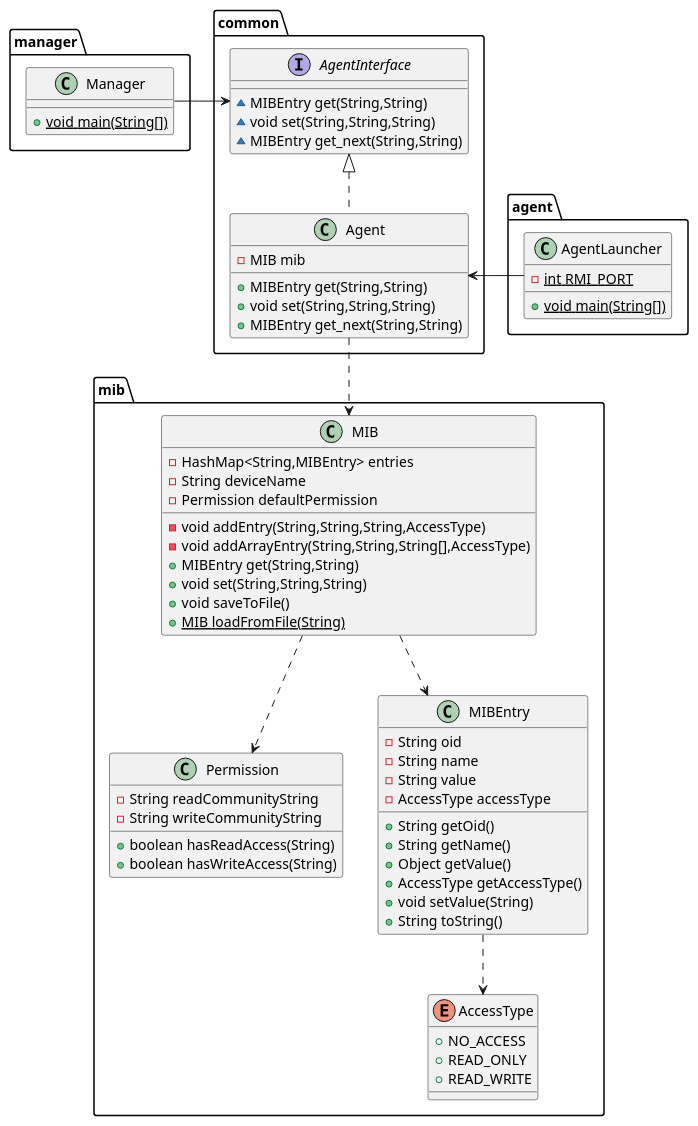
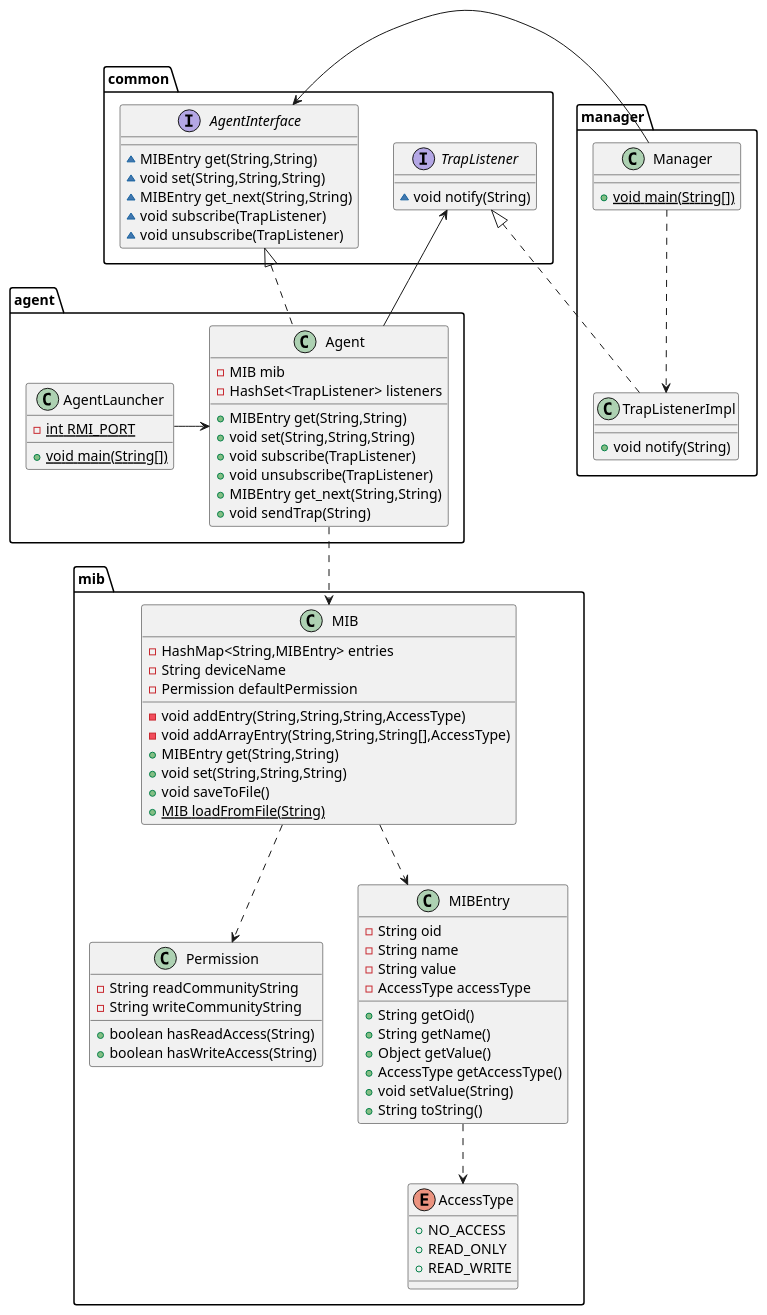
The diagram in UML.puml (louga31/SNMP), drawn with PlantUML before and after one commit. The commit also changed 1 other file, not shown here.

```diff
--- a/UML.puml
+++ b/UML.puml
@@ -1,64 +1,77 @@
 @startuml
 class manager.Manager {
 + {static} void main(String[])
 }
 class mib.Permission {
 - String readCommunityString
 - String writeCommunityString
 + boolean hasReadAccess(String)
 + boolean hasWriteAccess(String)
 }
 enum mib.AccessType {
 +  NO_ACCESS
 +  READ_ONLY
 +  READ_WRITE
 }
 interface common.AgentInterface {
 ~ MIBEntry get(String,String)
 ~ void set(String,String,String)
 ~ MIBEntry get_next(String,String)
+~ void subscribe(TrapListener)
+~ void unsubscribe(TrapListener)
 }
 class mib.MIBEntry {
 - String oid
 - String name
 - String value
 - AccessType accessType
 + String getOid()
 + String getName()
 + Object getValue()
 + AccessType getAccessType()
 + void setValue(String)
 + String toString()
 }
-class common.Agent {
+class agent.Agent {
 - MIB mib
+- HashSet<TrapListener> listeners
 + MIBEntry get(String,String)
 + void set(String,String,String)
++ void subscribe(TrapListener)
++ void unsubscribe(TrapListener)
 + MIBEntry get_next(String,String)
++ void sendTrap(String)
 }
 class mib.MIB {
 - HashMap<String,MIBEntry> entries
 - String deviceName
 - Permission defaultPermission
 - void addEntry(String,String,String,AccessType)
 - void addArrayEntry(String,String,String[],AccessType)
 + MIBEntry get(String,String)
 + void set(String,String,String)
 + void saveToFile()
 + {static} MIB loadFromFile(String)
 }
+interface common.TrapListener {
+~ void notify(String)
+}
 class agent.AgentLauncher {
 - {static} int RMI_PORT
 + {static} void main(String[])
 }
+class manager.TrapListenerImpl {
++ void notify(String)
+}
 
-
+agent.Agent -> common.TrapListener
 manager.Manager -> common.AgentInterface
-agent.AgentLauncher -> common.Agent
-common.AgentInterface <|.. common.Agent
-common.Agent ..> mib.MIB
+agent.AgentLauncher -> agent.Agent
+common.AgentInterface <|.. agent.Agent
+agent.Agent ..> mib.MIB
 mib.MIB ..> mib.MIBEntry
 mib.MIBEntry ..> mib.AccessType
 mib.MIB ..> mib.Permission
-
+common.TrapListener <|.. manager.TrapListenerImpl
+manager.Manager ..> manager.TrapListenerImpl
 @enduml
```
